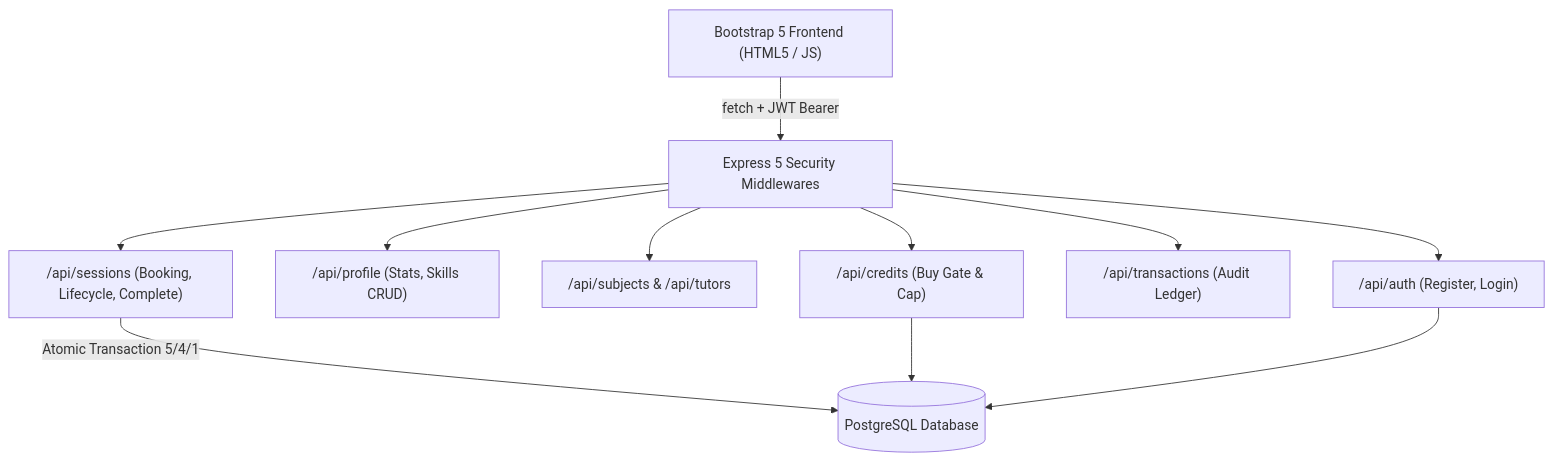
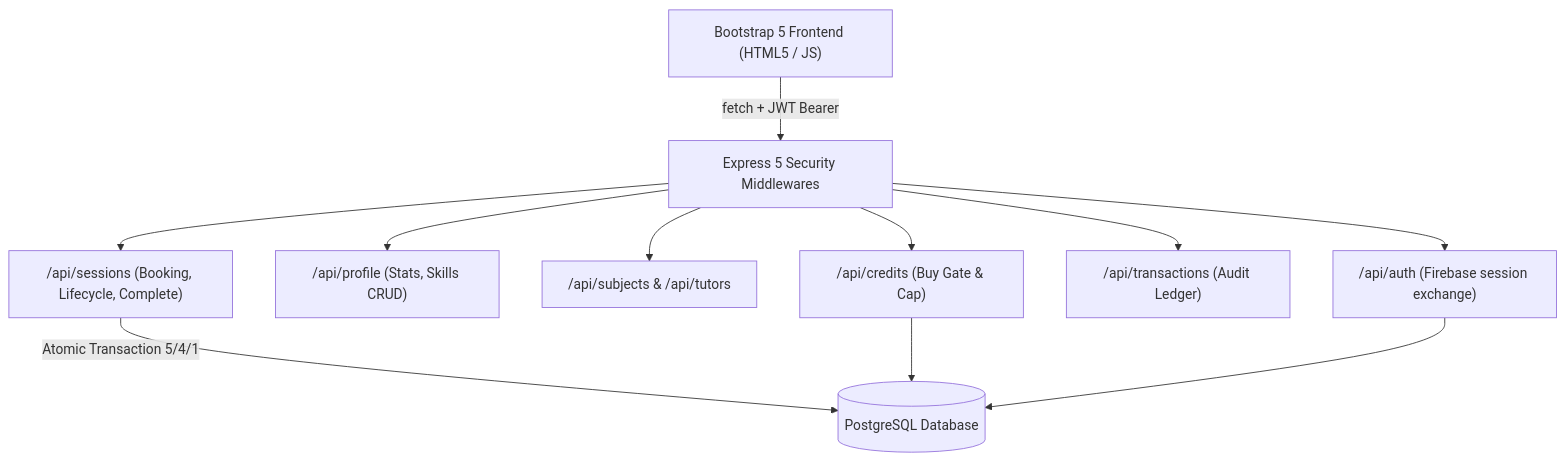
One commit to Tarun24verma/SkillSwap changed the diagram in README.md. Above: the diagram before and after it, drawn with Mermaid. The commit also changed other lines of this file and 16 other files, not shown here.

````diff
--- a/README.md
+++ b/README.md
@@ -30,14 +31,14 @@
 ```mermaid
 flowchart TD
     Client["Bootstrap 5 Frontend (HTML5 / JS)"] -->|fetch + JWT Bearer| Middleware["Express 5 Security Middlewares"]
-    Middleware --> Auth["/api/auth (Register, Login)"]
+    Middleware --> Auth["/api/auth (Firebase session exchange)"]
     Middleware --> Profile["/api/profile (Stats, Skills CRUD)"]
     Middleware --> Search["/api/subjects & /api/tutors"]
     Middleware --> Sessions["/api/sessions (Booking, Lifecycle, Complete)"]
     Middleware --> Transactions["/api/transactions (Audit Ledger)"]
     Middleware --> Credits["/api/credits (Buy Gate & Cap)"]
 
     Sessions -->|Atomic Transaction 5/4/1| DB[(PostgreSQL Database)]
     Credits --> DB
     Auth --> DB
 ```
````
